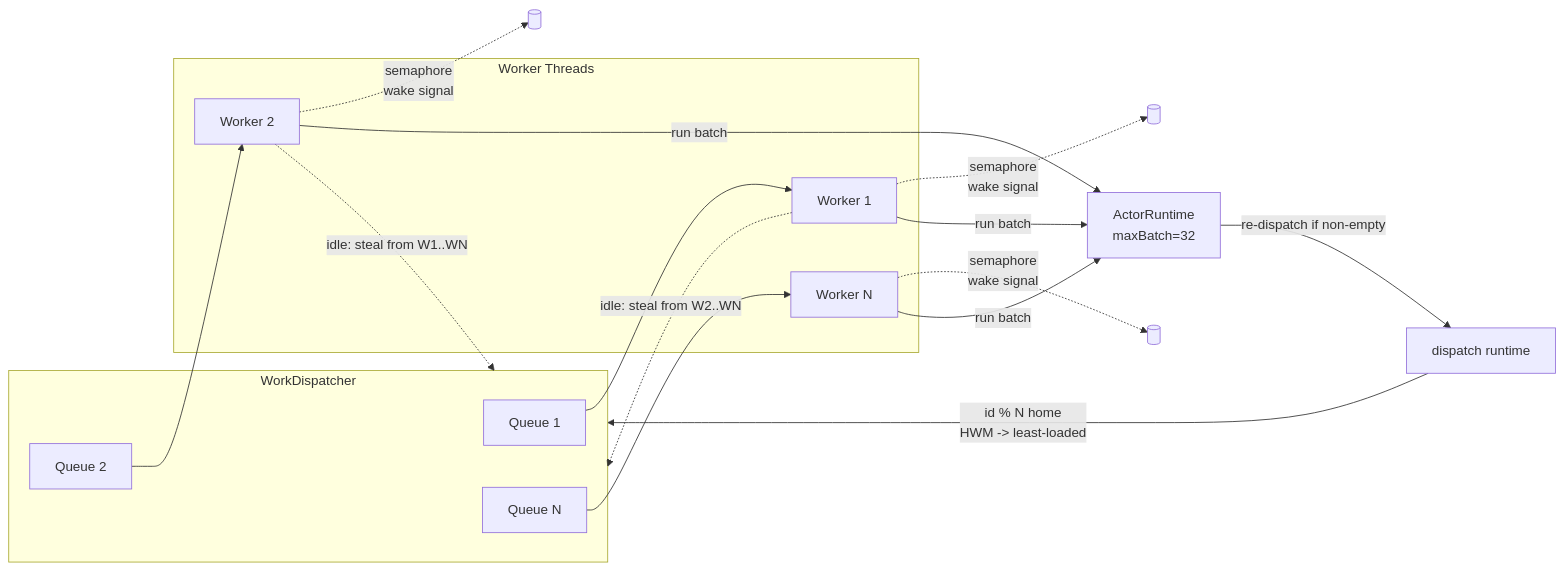
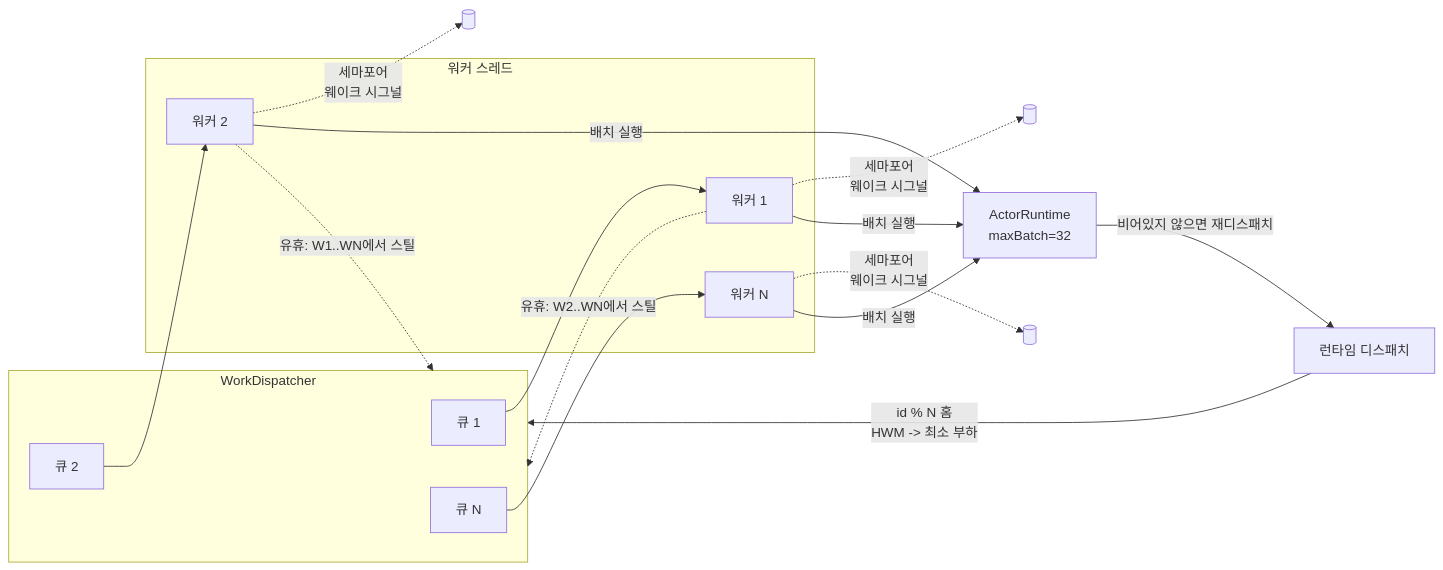
Before and after one commit to shoenkh15324/V2-Engine: the fourth of 9 diagrams in README.md, drawn with Mermaid. The commit also changed other lines of this file and 5 other files, not shown here.

````diff
--- a/README.md
+++ b/README.md
@@ -261,26 +261,26 @@
 ```mermaid
 flowchart LR
     subgraph Dispatcher["WorkDispatcher"]
-        Q1[Queue 1]
-        Q2[Queue 2]
-        QN[Queue N]
+        Q1[큐 1]
+        Q2[큐 2]
+        QN[큐 N]
     end
-    subgraph Workers["Worker Threads"]
-        W1[Worker 1]
-        W2[Worker 2]
-        WN[Worker N]
+    subgraph Workers["워커 스레드"]
+        W1[워커 1]
+        W2[워커 2]
+        WN[워커 N]
     end
-    Dispatch[dispatch runtime] -->|id % N home<br/>HWM -> least-loaded| Dispatcher
+    Dispatch[런타임 디스패치] -->|id % N 홈<br/>HWM -> 최소 부하| Dispatcher
     Q1 --> W1
     Q2 --> W2
     QN --> WN
-    W1 -.->|semaphore<br/>wake signal| S1[( )]
-    W2 -.->|semaphore<br/>wake signal| S2[( )]
-    WN -.->|semaphore<br/>wake signal| SN[( )]
-    W1 -->|run batch| RT[ActorRuntime<br/>maxBatch=32]
-    W2 -->|run batch| RT
-    WN -->|run batch| RT
-    RT -->|re-dispatch if non-empty| Dispatch
-    W1 -.->|idle: steal from W2..WN| Dispatcher
-    W2 -.->|idle: steal from W1..WN| Dispatcher
+    W1 -.->|세마포어<br/>웨이크 시그널| S1[( )]
+    W2 -.->|세마포어<br/>웨이크 시그널| S2[( )]
+    WN -.->|세마포어<br/>웨이크 시그널| SN[( )]
+    W1 -->|배치 실행| RT[ActorRuntime<br/>maxBatch=32]
+    W2 -->|배치 실행| RT
+    WN -->|배치 실행| RT
+    RT -->|비어있지 않으면 재디스패치| Dispatch
+    W1 -.->|유휴: W2..WN에서 스틸| Dispatcher
+    W2 -.->|유휴: W1..WN에서 스틸| Dispatcher
 ```
````
